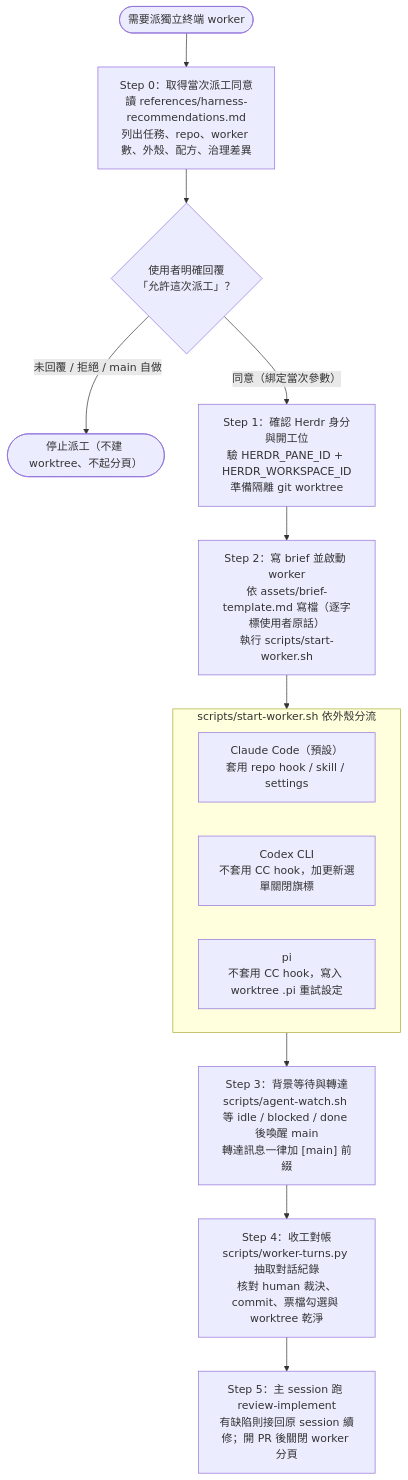
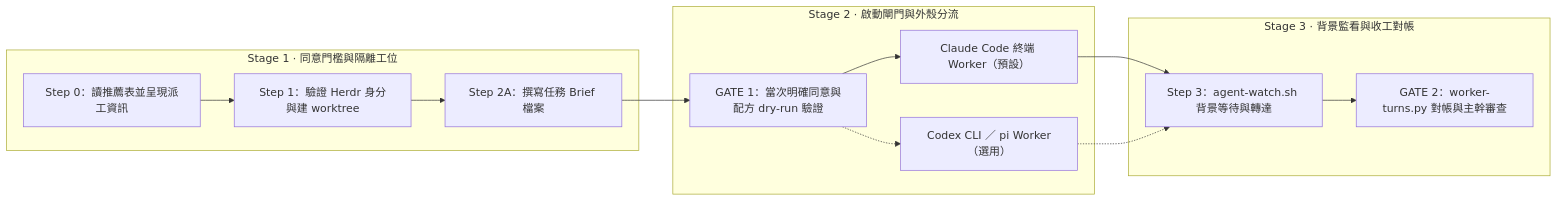
One commit to GGGODLIN/gggodlin-cc-harness changed the diagram in skills/agent-dispatch/README.md. Above: the diagram before and after it, drawn with Mermaid. The commit also changed other lines of this file and 19 other files, not shown here.

Commit message:
docs: add wide Diagram Design SVG figures for all 10 major mechanisms

````diff
--- a/skills/agent-dispatch/README.md
+++ b/skills/agent-dispatch/README.md
@@ -7,20 +12,16 @@
 ```mermaid
-flowchart TD
-  Start(["需要派獨立終端 worker"]) --> Step0["Step 0：取得當次派工同意\n讀 references/harness-recommendations.md\n列出任務、repo、worker 數、外殼、配方、治理差異"]
-  Step0 --> Consent{"使用者明確回覆\n「允許這次派工」？"}
-  Consent -- "未回覆 / 拒絕 / main 自做" --> Stop(["停止派工（不建 worktree、不起分頁）"])
-  Consent -- "同意（綁定當次參數）" --> Step1["Step 1：確認 Herdr 身分與開工位\n驗 HERDR_PANE_ID + HERDR_WORKSPACE_ID\n準備隔離 git worktree"]
-  Step1 --> Step2["Step 2：寫 brief 並啟動 worker\n依 assets/brief-template.md 寫檔（逐字標使用者原話）\n執行 scripts/start-worker.sh"]
-
-  subgraph Launch["scripts/start-worker.sh 依外殼分流"]
-    direction LR
-    HClaude["Claude Code（預設）\n套用 repo hook / skill / settings"]
-    HCodex["Codex CLI\n不套用 CC hook，加更新選單關閉旗標"]
-    HPi["pi\n不套用 CC hook，寫入 worktree .pi 重試設定"]
+flowchart LR
+  subgraph S1["Stage 1 · 同意門檻與隔離工位"]
+    Step0["Step 0：讀推薦表並呈現派工資訊"] --> Step1["Step 1：驗證 Herdr 身分與建 worktree"] --> Step2["Step 2A：撰寫任務 Brief 檔案"]
   end
-
-  Step2 --> Launch
-  Launch --> Step3["Step 3：背景等待與轉達\nscripts/agent-watch.sh 等 idle / blocked / done 後喚醒 main\n轉達訊息一律加 [main] 前綴"]
-  Step3 --> Step4["Step 4：收工對帳\nscripts/worker-turns.py 抽取對話紀錄\n核對 human 裁決、commit、票檔勾選與 worktree 乾淨"]
-  Step4 --> Step5["Step 5：主 session 跑 review-implement\n有缺陷則接回原 session 續修；開 PR 後關閉 worker 分頁"]
+  subgraph S2["Stage 2 · 啟動閘門與外殼分流"]
+    Gate1["GATE 1：當次明確同意與配方 dry-run 驗證"] --> HClaude["Claude Code 終端 Worker（預設）"]
+    Gate1 -.-> HExt["Codex CLI ／ pi Worker（選用）"]
+  end
+  subgraph S3["Stage 3 · 背景監看與收工對帳"]
+    Watch["Step 3：agent-watch.sh 背景等待與轉達"] --> Audit["GATE 2：worker-turns.py 對帳與主幹審查"]
+  end
+  Step2 --> Gate1
+  HClaude --> Watch
+  HExt -.-> Watch
 ```
````
